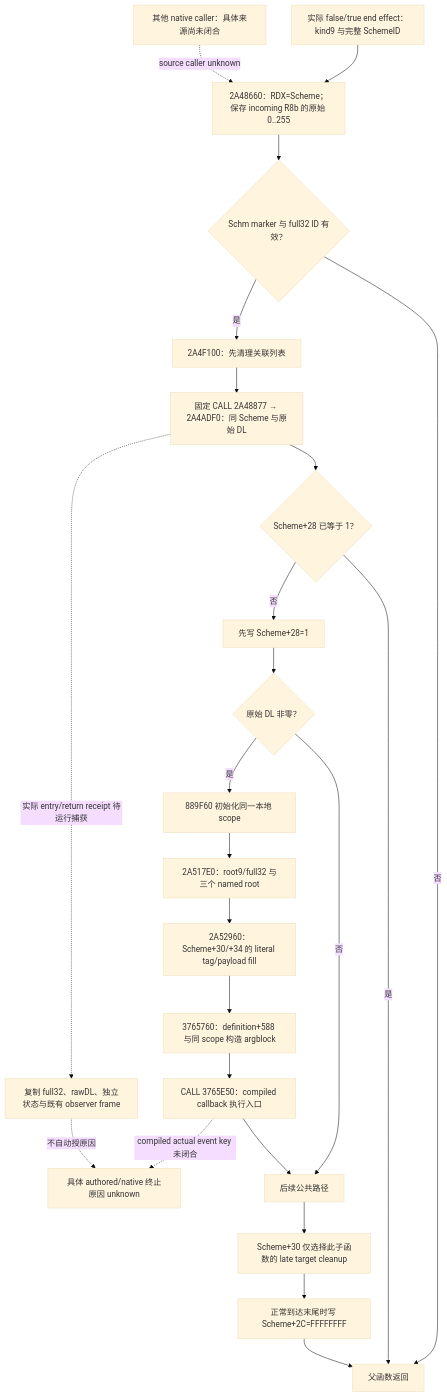
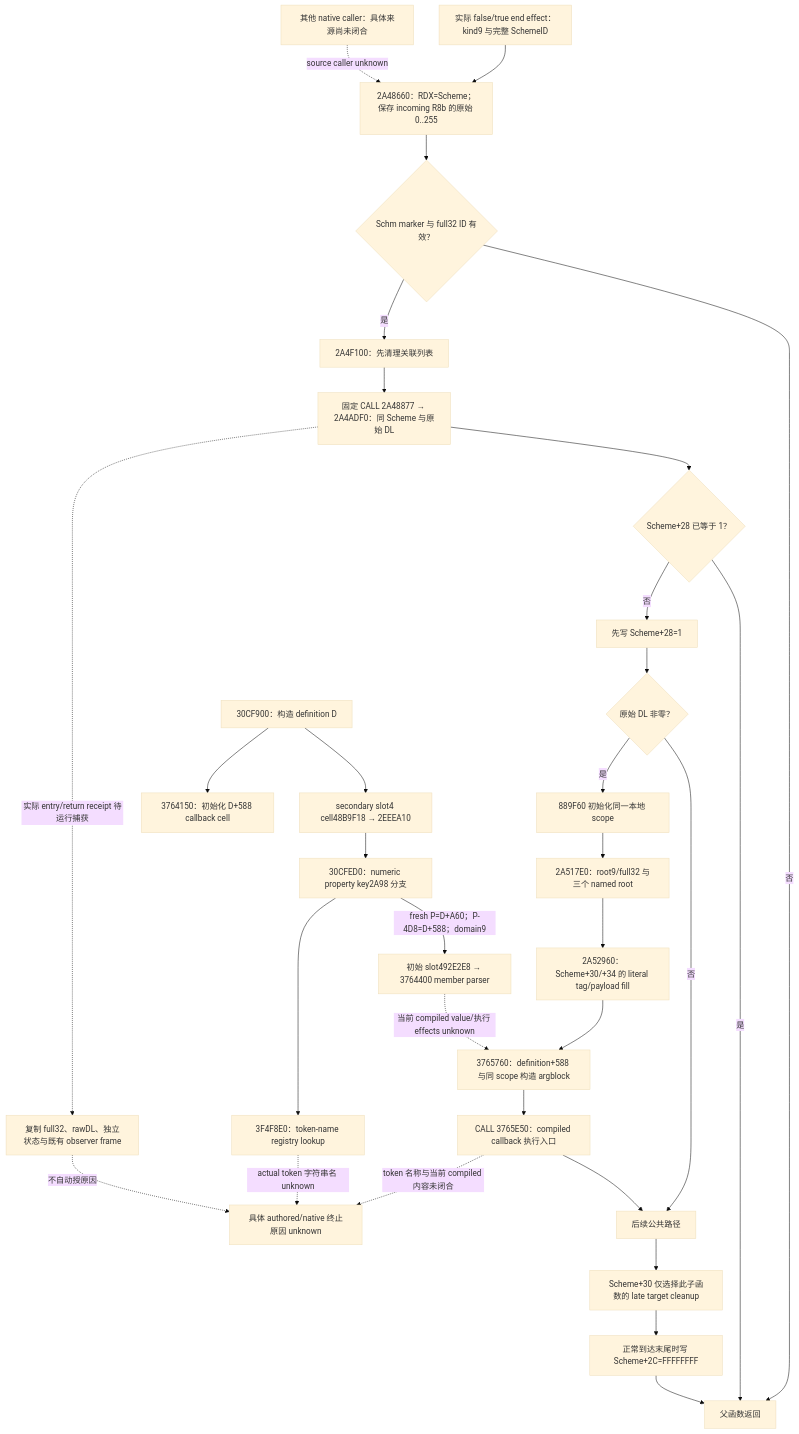
The first of 2 diagrams in docs/ck3-native-ai/sway-native-end-source-tree-12004.md (XenoAmess/ck3_eternal_recurrence), drawn with Mermaid (base theme) before and after one commit. The commit also changed other lines of this file and 2 other files, not shown here.

First line of the commit message:
Close actual M6 callback field parser source chain [skip ci]

````diff
--- a/docs/ck3-native-ai/sway-native-end-source-tree-12004.md
+++ b/docs/ck3-native-ai/sway-native-end-source-tree-12004.md
@@ -15,26 +15,33 @@
 ```mermaid
 flowchart TD
   F[实际 false/true end effect：kind9 与完整 SchemeID] --> P
   X[其他 native caller：具体来源尚未闭合] -. source caller unknown .-> P
   P[2A48660：RDX=Scheme；保存 incoming R8b 的原始 0..255] --> G
   G{Schm marker 与 full32 ID 有效？} -->|否| R[父函数返回]
   G -->|是| C[2A4F100：先清理关联列表]
   C --> E[固定 CALL 2A48877 → 2A4ADF0：同 Scheme 与原始 DL]
   E --> S{Scheme+28 已等于 1？}
   S -->|是| R
   S -->|否| T[先写 Scheme+28=1]
   T --> B{原始 DL 非零？}
   B -->|是| Q[889F60 初始化同一本地 scope]
   Q --> V[2A517E0：root9/full32 与三个 named root]
   V --> W[2A52960：Scheme+30/+34 的 literal tag/payload fill]
   W --> Y[3765760：definition+588 与同 scope 构造 argblock]
   Y --> Z[CALL 3765E50：compiled callback 执行入口]
-  Z -. compiled actual event key 未闭合 .-> U[具体 authored/native 终止原因 unknown]
+  Z -. token 名称与当前 compiled 内容未闭合 .-> U[具体 authored/native 终止原因 unknown]
+  CT[30CF900：构造 definition D] --> CI[3764150：初始化 D+588 callback cell]
+  CT --> ST[secondary slot4 cell48B9F18 → 2EEEA10]
+  ST --> PK[30CFED0：numeric property key2A98 分支]
+  PK -->|fresh P=D+A60；P-4D8=D+588；domain9| MP[初始 slot492E2E8 → 3764400 member parser]
+  PK --> TN[3F4F8E0：token-name registry lookup]
+  TN -. actual token 字符串名 unknown .-> U
+  MP -. 当前 compiled value/执行 effects unknown .-> Y
   B -->|否| L[后续公共路径]
   Z --> L
   L --> K[Scheme+30 仅选择此子函数的 late target cleanup]
   K --> O[正常到达末尾时写 Scheme+2C=FFFFFFFF]
   O --> R
   E -. 实际 entry/return receipt 待运行捕获 .-> A[复制 full32、rawDL、独立状态与既有 observer frame]
   A -. 不自动授原因 .-> U
 ```
````
